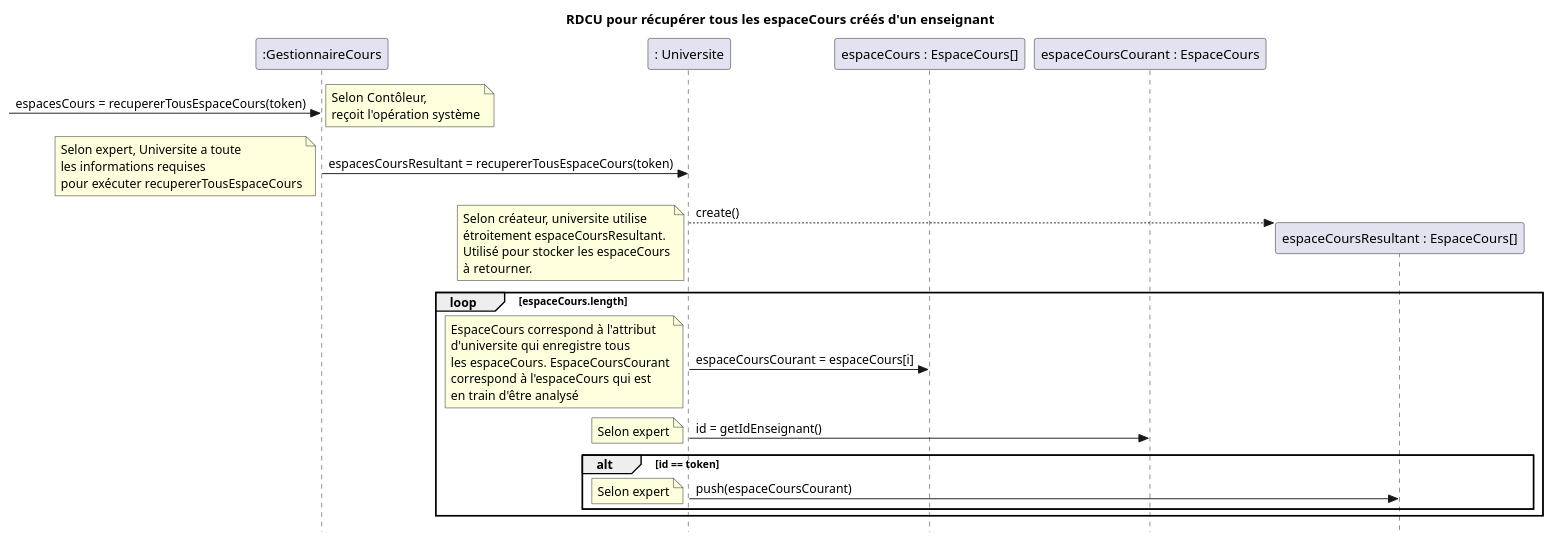
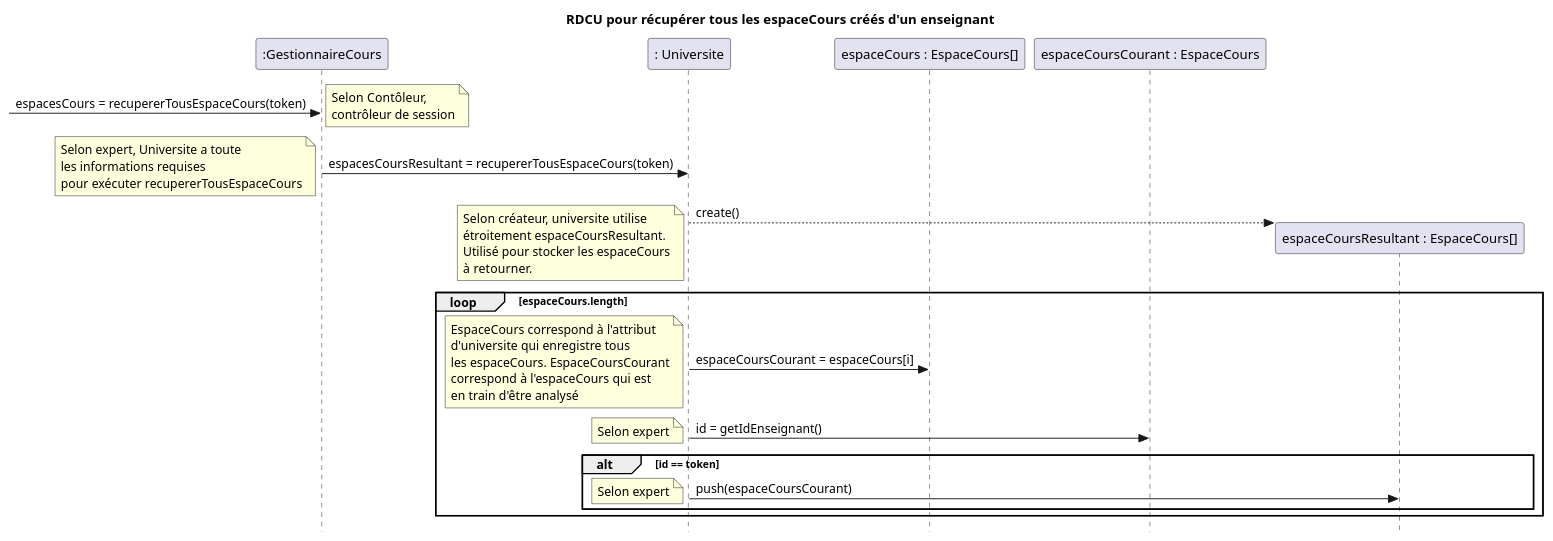
The first of 2 diagrams in docs/Récupérer cours/RDCU_Recuperer_Cours.puml (nerdz88/SGA-TS), drawn with PlantUML before and after one commit. The commit also changed 49 other files, not shown here.

```diff
--- a/docs/Récupérer cours/RDCU_Recuperer_Cours.puml
+++ b/docs/Récupérer cours/RDCU_Recuperer_Cours.puml
@@ -1,28 +1,28 @@
 @startuml récupérer tous les cours créés
 skinparam style strictuml
 skinparam defaultfontname Verdana
 title RDCU pour récupérer tous les espaceCours créés d'un enseignant
 participant ":GestionnaireCours" as controleur
 participant ": Universite" as mapCours
 participant "espaceCours : EspaceCours[]" as cours 
 participant "espaceCoursCourant : EspaceCours" as courant 
 participant "espaceCoursResultant : EspaceCours[]" as resultat
 
 ->controleur : espacesCours = recupererTousEspaceCours(token)
-note right : Selon Contôleur,\nreçoit l'opération système
+note right : Selon Contôleur,\ncontrôleur de session
 controleur -> mapCours : espacesCoursResultant = recupererTousEspaceCours(token)
 note left : Selon expert, Universite a toute\nles informations requises\npour exécuter recupererTousEspaceCours
 mapCours --> resultat** : create()
 note left : Selon créateur, universite utilise\nétroitement espaceCoursResultant.\nUtilisé pour stocker les espaceCours\nà retourner.
 loop espaceCours.length
 mapCours -> cours : espaceCoursCourant = espaceCours[i]
 note left : EspaceCours correspond à l'attribut\nd'universite qui enregistre tous\nles espaceCours. EspaceCoursCourant\ncorrespond à l'espaceCours qui est\nen train d'être analysé
 mapCours -> courant : id = getIdEnseignant()
 note left : Selon expert
 alt id == token
 mapCours -> resultat : push(espaceCoursCourant)
 note left : Selon expert
 end
 end
 
 @enduml
```
